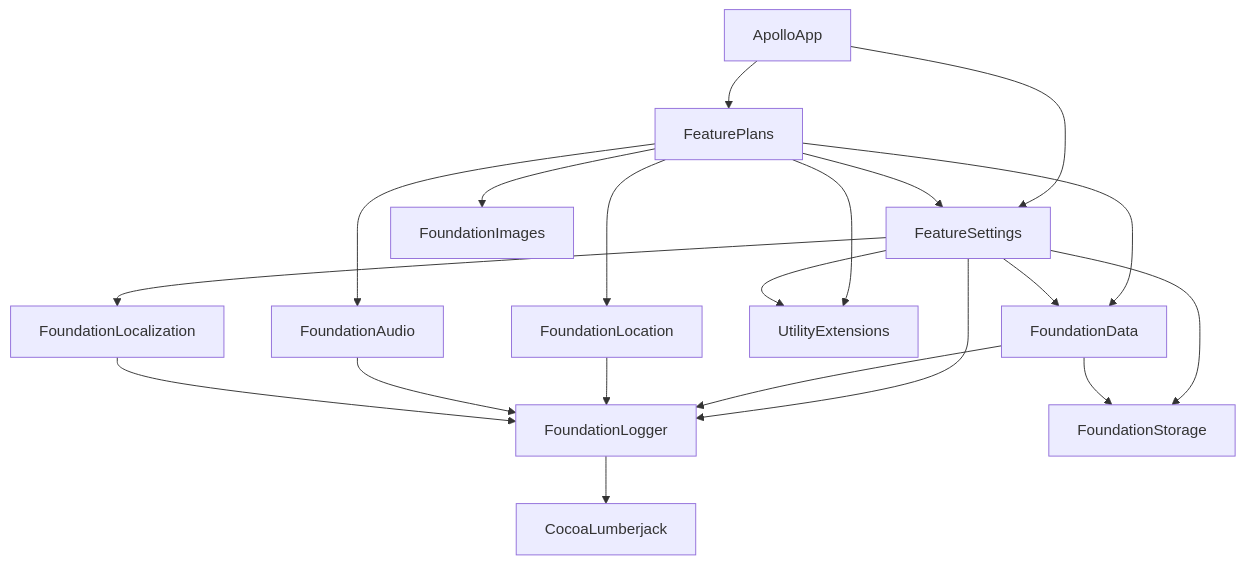
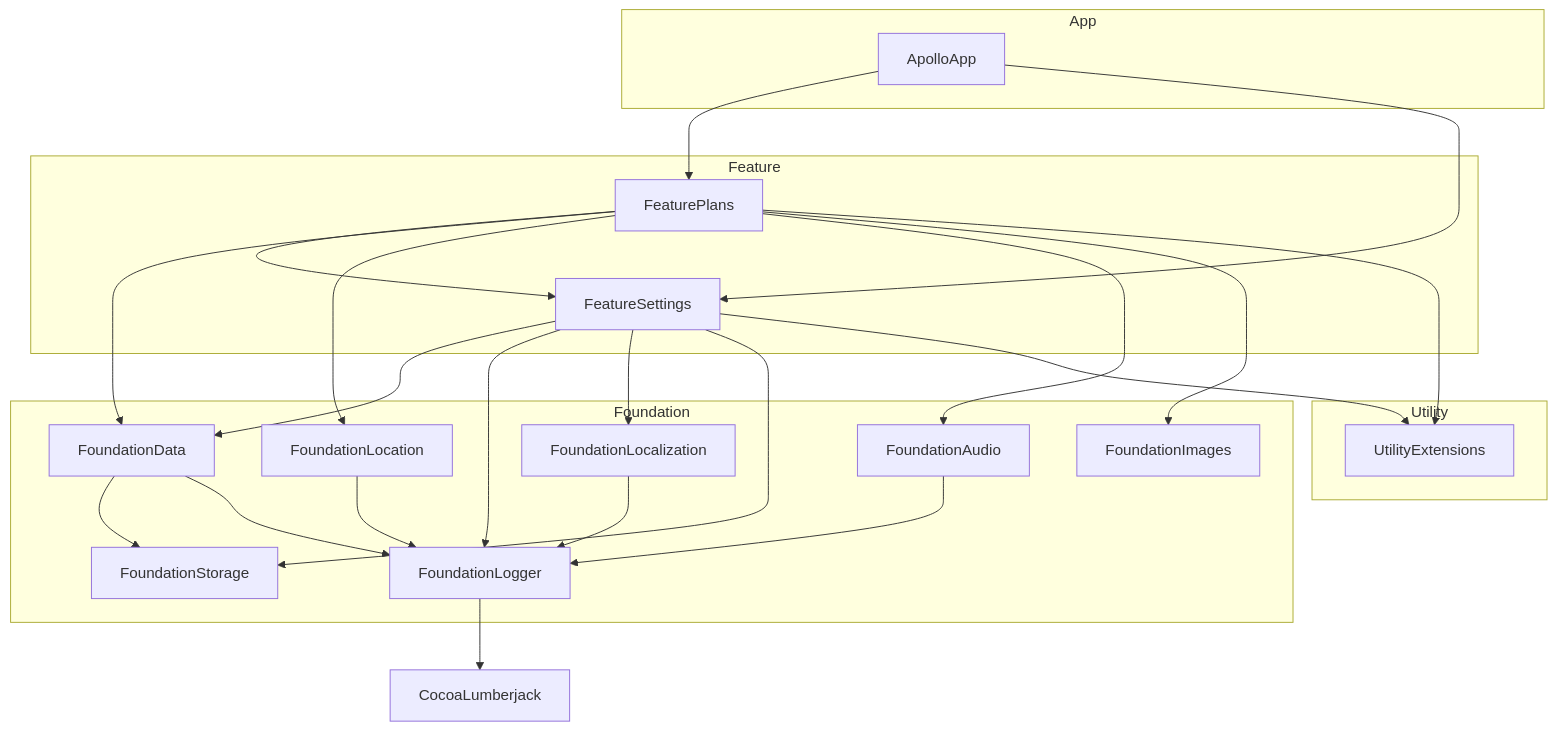
Before and after one commit to NikolaGrujic91/Apollo-iOS: the diagram in README.md, drawn with Mermaid.

Commit message:
doc: updated architecture diagram

````diff
--- a/README.md
+++ b/README.md
@@ -75,29 +75,53 @@
 ```mermaid
 graph TD
-    ApolloApp[ApolloApp] --> FeaturePlans[FeaturePlans]
-    ApolloApp[ApolloApp] --> FeatureSettings[FeatureSettings]
+    subgraph "App"
+      ApolloApp[ApolloApp]
+    end
+
+    subgraph "Feature"
+      FeaturePlans[FeaturePlans]
+      FeatureSettings[FeatureSettings]
+    end
+
+    subgraph "Foundation"
+      FoundationData[FoundationData]
+      FoundationLocation[FoundationLocation]
+      FoundationAudio[FoundationAudio]
+      FoundationImages[FoundationImages]
+      FoundationLogger[FoundationLogger]
+      FoundationLocalization[FoundationLocalization]
+      FoundationStorage[FoundationStorage]
+    end
+
+    subgraph "Utility"
+      UtilityExtensions[UtilityExtensions]
+    end
+
+
+    ApolloApp --> FeaturePlans
+    ApolloApp --> FeatureSettings
     
-    FeaturePlans --> FeatureSettings[FeatureSettings]
-    FeaturePlans --> FoundationData[FoundationData]
-    FeaturePlans --> FoundationLocation[FoundationLocation]
-    FeaturePlans --> FoundationAudio[FoundationAudio]
-    FeaturePlans --> FoundationImages[FoundationImages]
-    FeaturePlans --> UtilityExtensions[UtilityExtensions]
+    FeaturePlans --> FeatureSettings
+    FeaturePlans --> FoundationData
+    FeaturePlans --> FoundationLocation
+    FeaturePlans --> FoundationAudio
+    FeaturePlans --> FoundationImages
+    FeaturePlans --> UtilityExtensions
 
-    FeatureSettings --> FoundationData[FoundationData]
-    FeatureSettings --> FoundationLogger[FoundationLogger]
-    FeatureSettings --> FoundationLocalization[FoundationLocalization]
-    FeatureSettings --> FoundationStorage[FoundationStorage]
-    FeatureSettings --> UtilityExtensions[UtilityExtensions]
+    FeatureSettings --> FoundationData
+    FeatureSettings --> FoundationLogger
+    FeatureSettings --> FoundationLocalization
+    FeatureSettings --> FoundationStorage
+    FeatureSettings --> UtilityExtensions
 
-    FoundationData --> FoundationStorage[FoundationStorage]
-    FoundationData --> FoundationLogger[FoundationLogger]
+    FoundationData --> FoundationStorage
+    FoundationData --> FoundationLogger
 
-    FoundationLocation --> FoundationLogger[FoundationLogger]
+    FoundationLocation --> FoundationLogger
 
-    FoundationAudio --> FoundationLogger[FoundationLogger]
+    FoundationAudio --> FoundationLogger
 
-    FoundationLocalization --> FoundationLogger[FoundationLogger]
+    FoundationLocalization --> FoundationLogger
 
-    FoundationLogger --> CocoaLumberjack[CocoaLumberjack]
+    FoundationLogger --> CocoaLumberjack
 ```
````
